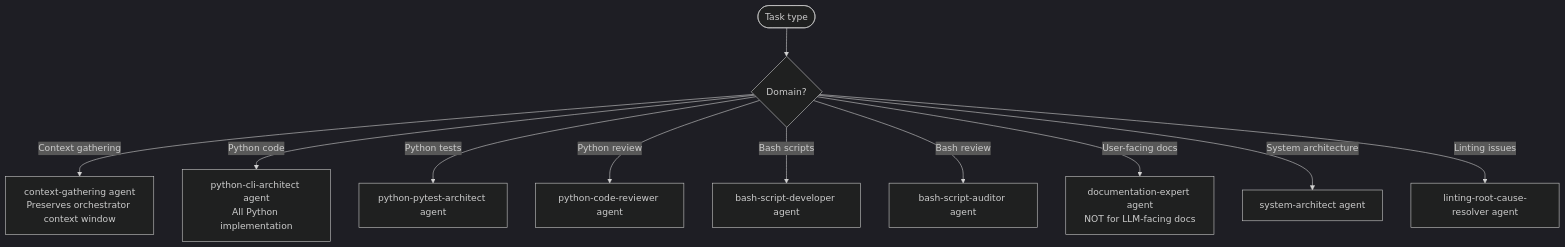
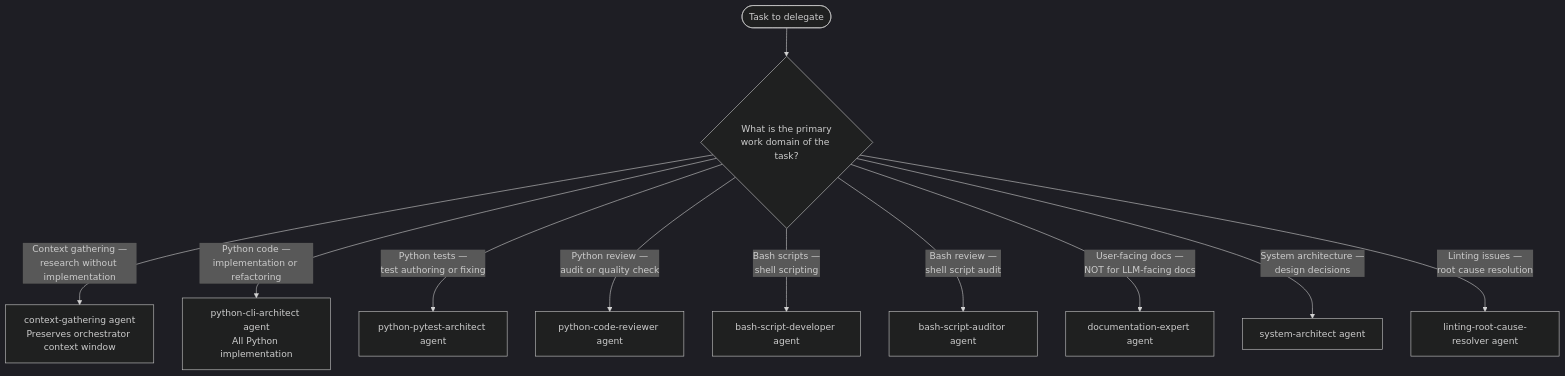
The fourth of 8 diagrams in plugins/agent-orchestration/skills/agent-orchestration/SKILL.md (chgreer1070/claude_skills), drawn with Mermaid (dark theme) before and after one commit. The commit also changed other lines of this file and 18 other files, not shown here.

First line of the commit message:
feat(orchestrator-discipline): implement tool use denial protocol and bash built-in tool enforcement

````diff
--- a/plugins/agent-orchestration/skills/agent-orchestration/SKILL.md
+++ b/plugins/agent-orchestration/skills/agent-orchestration/SKILL.md
@@ -367,13 +396,13 @@
 ```mermaid
 flowchart TD
-    Agent([Task type]) --> Q1{Domain?}
-    Q1 -->|Context gathering| CG[context-gathering agent\nPreserves orchestrator context window]
-    Q1 -->|Python code| PY[python-cli-architect agent\nAll Python implementation]
-    Q1 -->|Python tests| PT[python-pytest-architect agent]
-    Q1 -->|Python review| PR[python-code-reviewer agent]
-    Q1 -->|Bash scripts| BS[bash-script-developer agent]
-    Q1 -->|Bash review| BR[bash-script-auditor agent]
-    Q1 -->|User-facing docs| DD[documentation-expert agent\nNOT for LLM-facing docs]
-    Q1 -->|System architecture| SA[system-architect agent]
-    Q1 -->|Linting issues| LR[linting-root-cause-resolver agent]
+    Agent(["Task to delegate"]) --> Q1{"What is the primary<br>work domain of the task?"}
+    Q1 -->|"Context gathering —<br>research without implementation"| CG["context-gathering agent<br>Preserves orchestrator context window"]
+    Q1 -->|"Python code —<br>implementation or refactoring"| PY["python-cli-architect agent<br>All Python implementation"]
+    Q1 -->|"Python tests —<br>test authoring or fixing"| PT["python-pytest-architect agent"]
+    Q1 -->|"Python review —<br>audit or quality check"| PR["python-code-reviewer agent"]
+    Q1 -->|"Bash scripts —<br>shell scripting"| BS["bash-script-developer agent"]
+    Q1 -->|"Bash review —<br>shell script audit"| BR["bash-script-auditor agent"]
+    Q1 -->|"User-facing docs —<br>NOT for LLM-facing docs"| DD["documentation-expert agent"]
+    Q1 -->|"System architecture —<br>design decisions"| SA["system-architect agent"]
+    Q1 -->|"Linting issues —<br>root cause resolution"| LR["linting-root-cause-resolver agent"]
 ```
````
